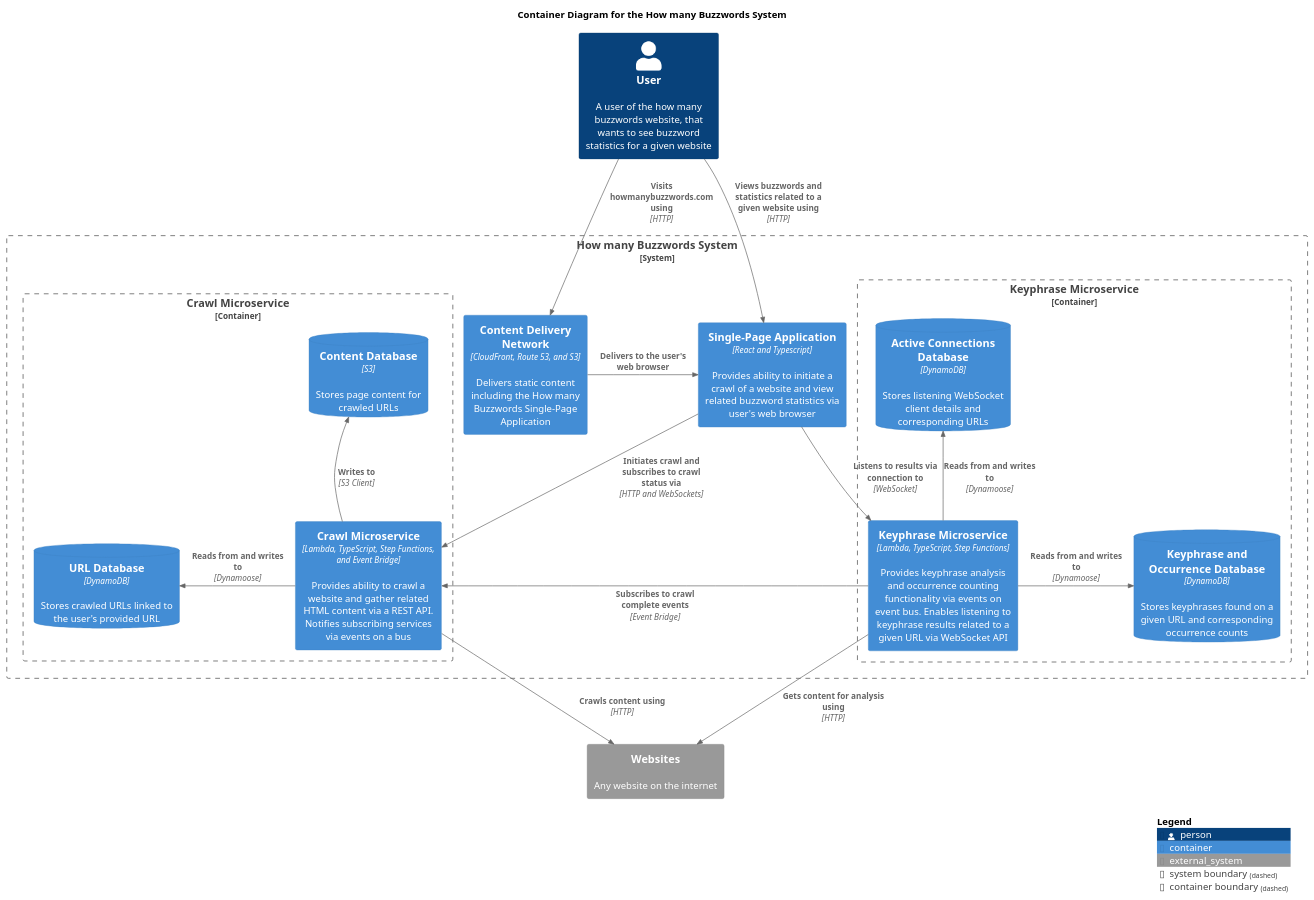
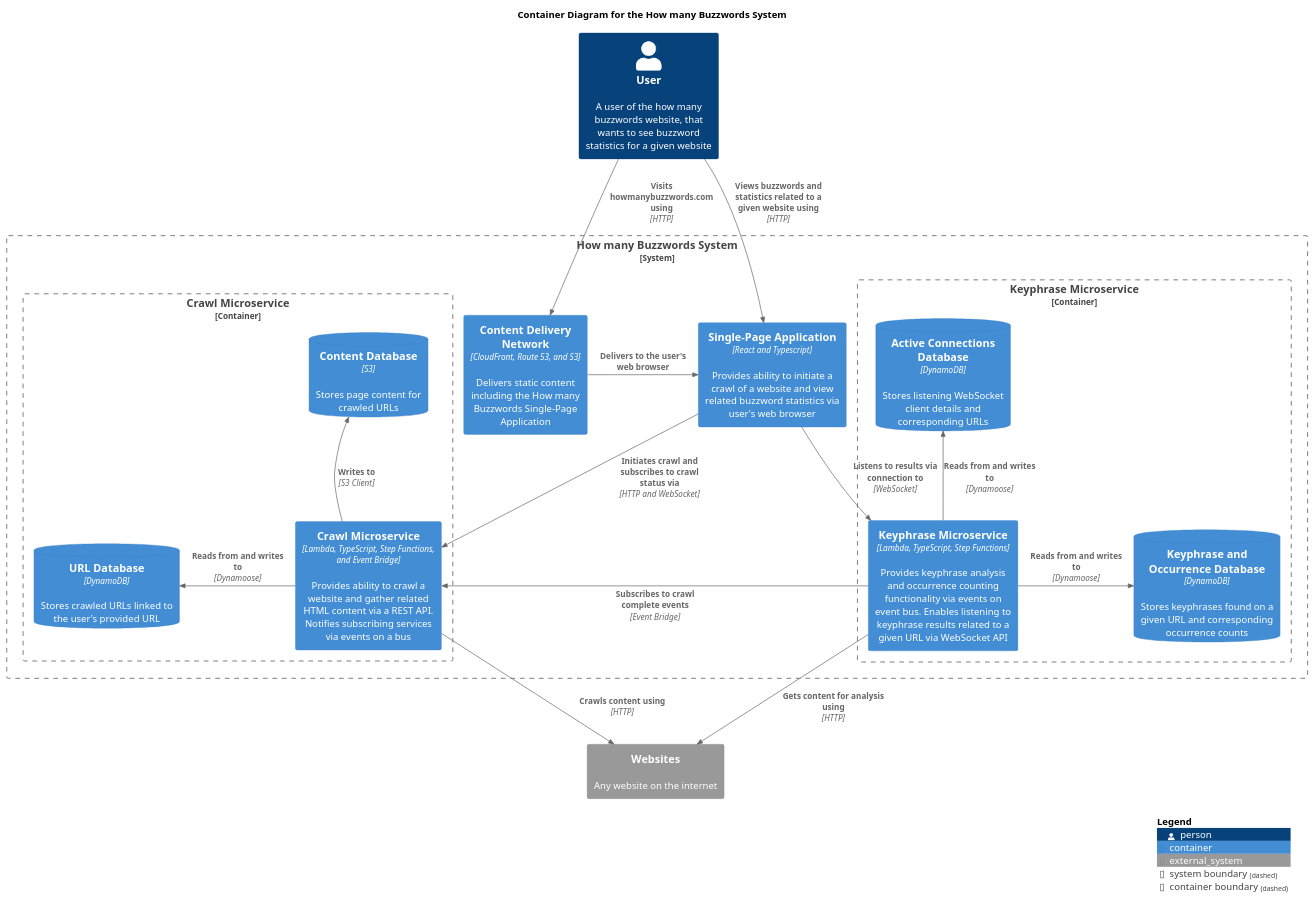
One commit to ashley-evans/how-many-buzzwords changed the diagram in docs/c4-diagrams/buzzword-c4-container.puml. Above: the diagram before and after it, drawn with PlantUML. The commit also changed 1 other file, not shown here.

Commit message:
Update buzzword crawl component and container diagram to refer to websocket as singular

```diff
--- a/docs/c4-diagrams/buzzword-c4-container.puml
+++ b/docs/c4-diagrams/buzzword-c4-container.puml
@@ -1,46 +1,46 @@
 @startuml Buzzword C4 Container Diagram
 
 !include https://raw.githubusercontent.com/plantuml-stdlib/C4-PlantUML/master/C4_Container.puml
 
 title Container Diagram for the How many Buzzwords System
 
 Person(user, "User", "A user of the how many buzzwords website, that wants to see buzzword statistics for a given website")
 System_Boundary(buzzword_system, "How many Buzzwords System") {
     Container(content_delivery_network, "Content Delivery Network", "CloudFront, Route 53, and S3", $descr="Delivers static content including the How many Buzzwords Single-Page Application")
     Container(single_page_application, "Single-Page Application", "React and Typescript", $descr="Provides ability to initiate a crawl of a website and view related buzzword statistics via user's web browser")
 
     Container_Boundary(crawl_microservice_boundary, "Crawl Microservice") {
         Container(crawl_microservice, "Crawl Microservice", "Lambda, TypeScript, Step Functions, and Event Bridge", $descr="Provides ability to crawl a website and gather related HTML content via a REST API. Notifies subscribing services via events on a bus")
         ContainerDb(crawl_url_db, "URL Database", "DynamoDB", $descr="Stores crawled URLs linked to the user's provided URL")
         ContainerDb(crawl_content_db, "Content Database", "S3", $descr="Stores page content for crawled URLs")
     }
 
     Container_Boundary(keyphrase_microservice_boundary, "Keyphrase Microservice") {
         Container(keyphrase_microservice, "Keyphrase Microservice", "Lambda, TypeScript, Step Functions", "Provides keyphrase analysis and occurrence counting functionality via events on event bus. Enables listening to keyphrase results related to a given URL via WebSocket API")
         ContainerDb(keyphrase_db, "Keyphrase and Occurrence Database", "DynamoDB", "Stores keyphrases found on a given URL and corresponding occurrence counts")
         ContainerDb(active_connections_db, "Active Connections Database", "DynamoDB", "Stores listening WebSocket client details and corresponding URLs")
     }
 }
 
 System_Ext(websites, "Websites", "Any website on the internet")
 
 Rel(user, content_delivery_network, "Visits howmanybuzzwords.com using", "HTTP")
 Rel(user, single_page_application, "Views buzzwords and statistics related to a given website using", "HTTP")
 
 Rel_R(content_delivery_network, single_page_application, "Delivers to the user's web browser")
 
-Rel(single_page_application, crawl_microservice, "Initiates crawl and subscribes to crawl status via", "HTTP and WebSockets")
+Rel(single_page_application, crawl_microservice, "Initiates crawl and subscribes to crawl status via", "HTTP and WebSocket")
 Rel(single_page_application, keyphrase_microservice, "Listens to results via connection to", "WebSocket")
 
 Rel_L(crawl_microservice, crawl_url_db, "Reads from and writes to", "Dynamoose")
 Rel_U(crawl_microservice, crawl_content_db, "Writes to", "S3 Client")
 Rel(crawl_microservice, websites, "Crawls content using", "HTTP")
 
 Rel_R(keyphrase_microservice, keyphrase_db, "Reads from and writes to", "Dynamoose")
 Rel_U(keyphrase_microservice, active_connections_db, "Reads from and writes to", "Dynamoose")
 Rel_L(keyphrase_microservice, crawl_microservice, "Subscribes to crawl complete events", "Event Bridge")
 Rel(keyphrase_microservice, websites, "Gets content for analysis using", "HTTP")
 
 SHOW_LEGEND()
 
 @enduml
```
